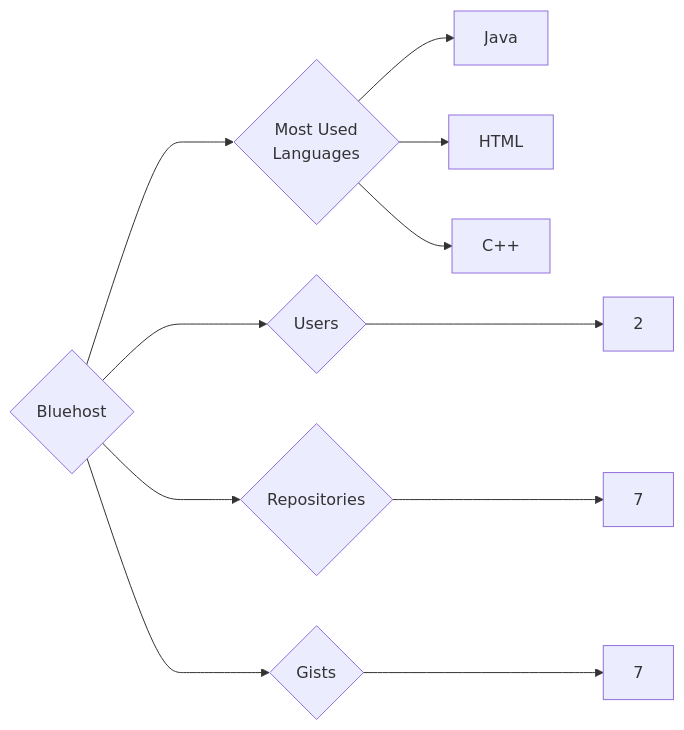
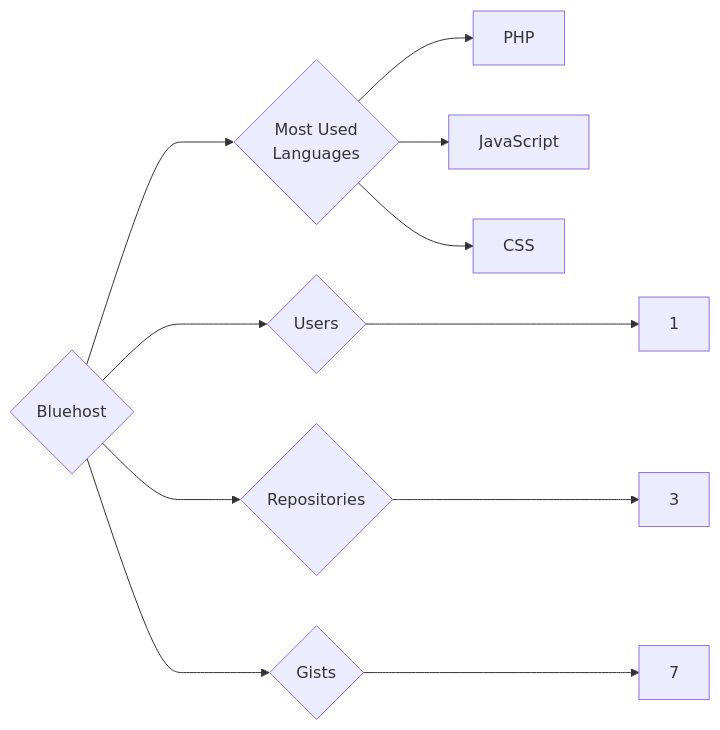
Before and after one commit to trickest/insiders: the diagram in targets/Bluehost/README.md, drawn with Mermaid. The commit also changed 993 other files, not shown here.

````diff
--- a/targets/Bluehost/README.md
+++ b/targets/Bluehost/README.md
@@ -3,11 +3,11 @@
 ```mermaid
 graph LR
 COMPANY_NAME{Bluehost}
-COMPANY_NAME ---> U{Users} ---> UN[2]
-COMPANY_NAME ---> R{Repositories} ---> RN[7]
+COMPANY_NAME ---> U{Users} ---> UN[1]
+COMPANY_NAME ---> R{Repositories} ---> RN[3]
 COMPANY_NAME ---> G{Gists} ---> GN[7]
 COMPANY_NAME ---> ML{Most Used<br>Languages}
-ML --> Java[Java]
-ML --> HTML[HTML]
-ML --> C++[C++]
+ML --> PHP[PHP]
+ML --> JavaScript[JavaScript]
+ML --> CSS[CSS]
 ```
````
